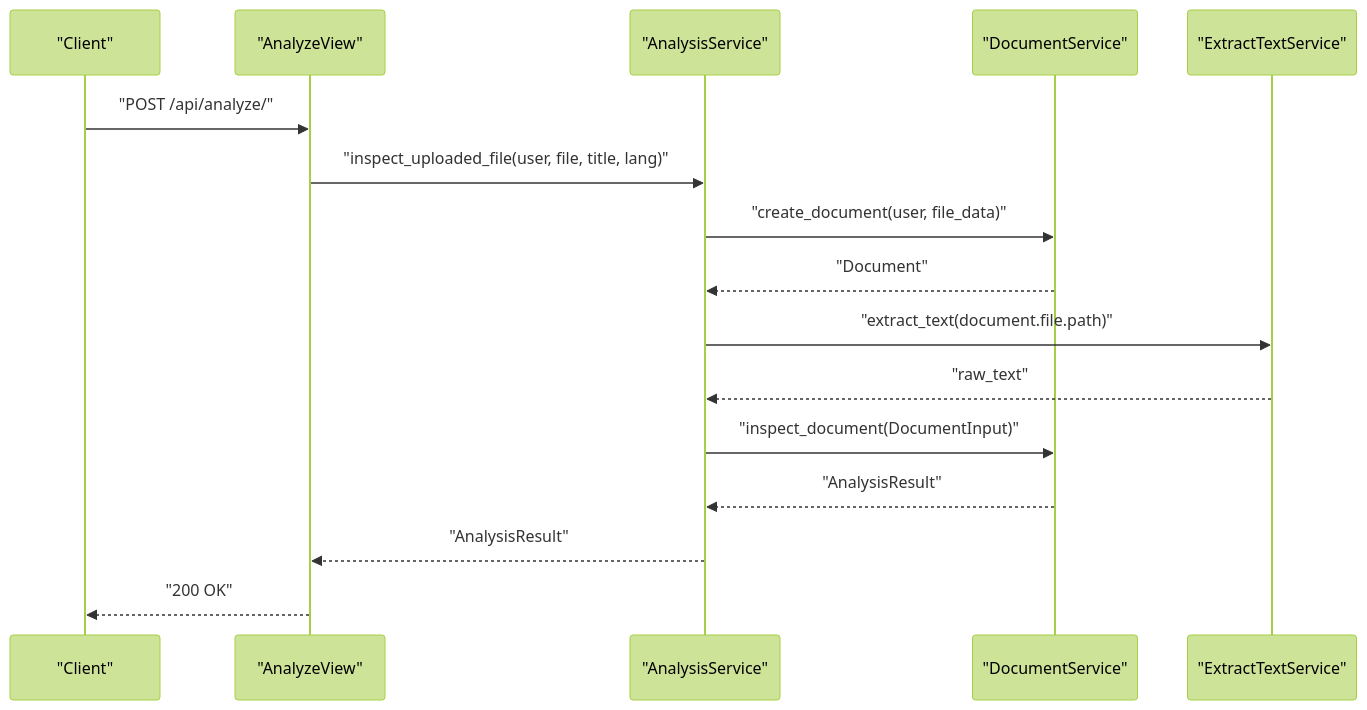
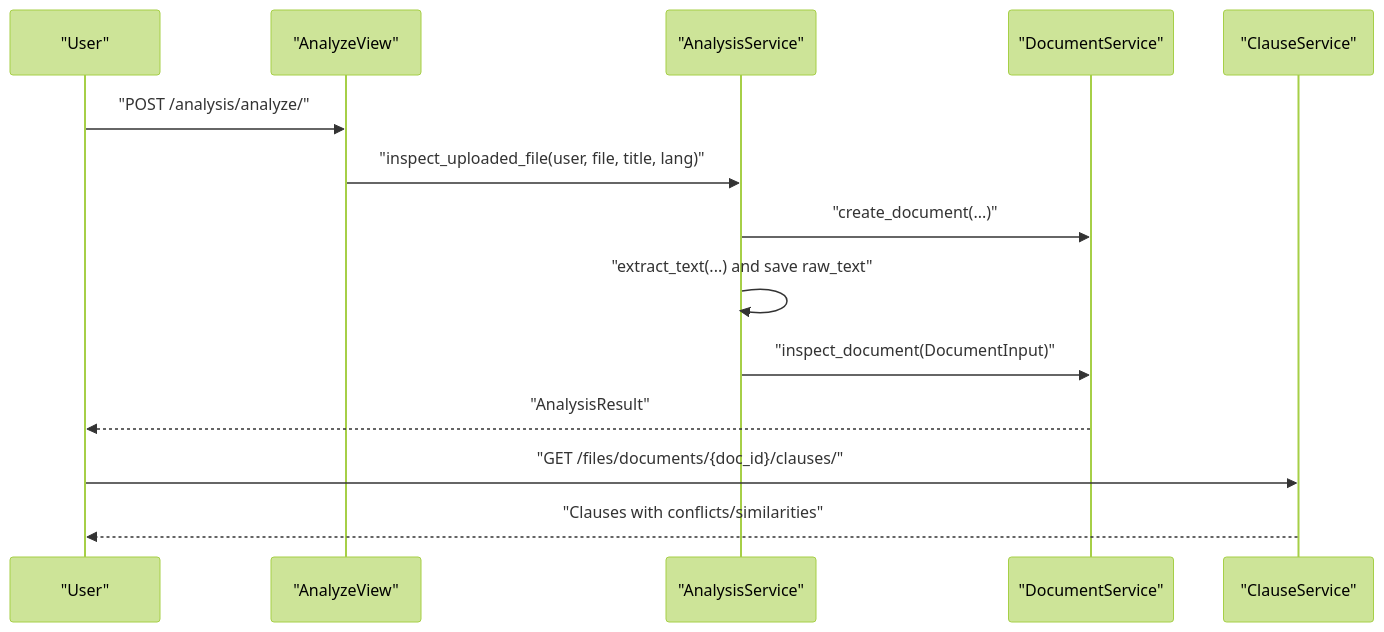
The fifth of 7 diagrams in backend/.qoder/repowiki/en/content/Document Management/Document Management.md (HamzaHindo/veritasshield), drawn with Mermaid (forest theme) before and after one commit. The commit also changed other lines of this file and 49 other files, not shown here.

````diff
--- a/backend/.qoder/repowiki/en/content/Document Management/Document Management.md
+++ b/backend/.qoder/repowiki/en/content/Document Management/Document Management.md
@@ -359,18 +271,16 @@
 ```mermaid
 sequenceDiagram
-participant Client as "Client"
-participant API as "AnalyzeView"
+participant U as "User"
+participant AV as "AnalyzeView"
 participant AS as "AnalysisService"
 participant DS as "DocumentService"
-participant ET as "ExtractTextService"
-Client->>API : "POST /api/analyze/"
-API->>AS : "inspect_uploaded_file(user, file, title, lang)"
-AS->>DS : "create_document(user, file_data)"
-DS-->>AS : "Document"
-AS->>ET : "extract_text(document.file.path)"
-ET-->>AS : "raw_text"
+participant CL as "ClauseService"
+U->>AV : "POST /analysis/analyze/"
+AV->>AS : "inspect_uploaded_file(user, file, title, lang)"
+AS->>DS : "create_document(...)"
+AS->>AS : "extract_text(...) and save raw_text"
 AS->>DS : "inspect_document(DocumentInput)"
-DS-->>AS : "AnalysisResult"
-AS-->>API : "AnalysisResult"
-API-->>Client : "200 OK"
+DS-->>U : "AnalysisResult"
+U->>CL : "GET /files/documents/{doc_id}/clauses/"
+CL-->>U : "Clauses with conflicts/similarities"
 ```
````
